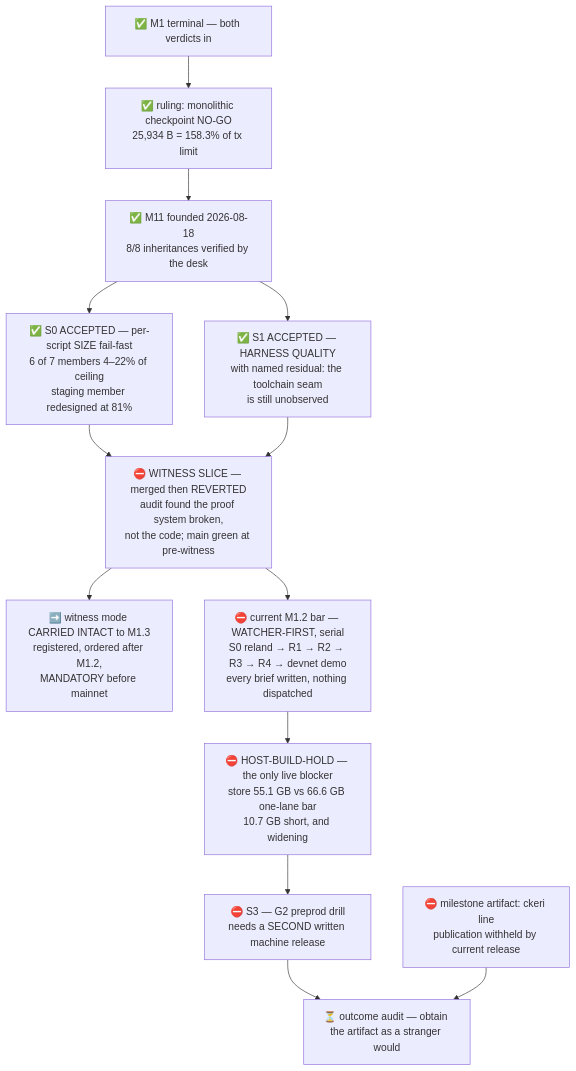
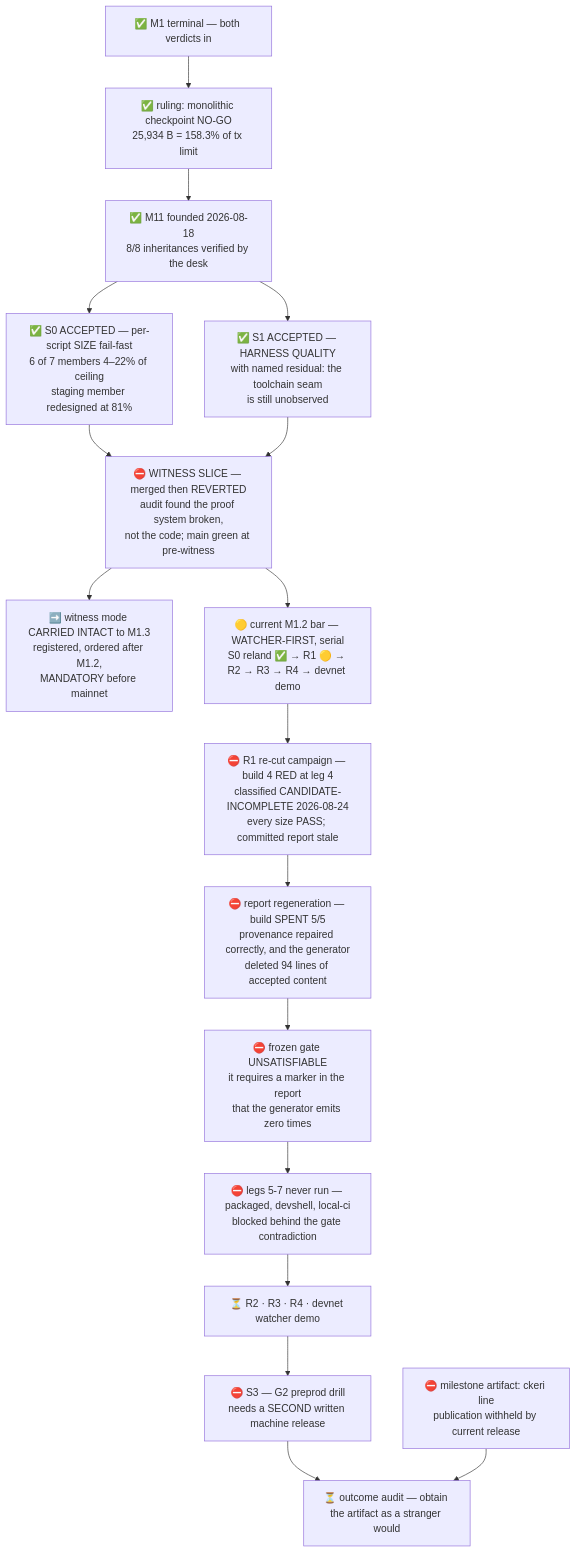
Before and after one commit to lambdasistemi/cardano-keri: the diagram in .milestones/11/state.md, drawn with Mermaid. The commit also changed other lines of this file and 4 other files, not shown here.

````diff
--- a/.milestones/11/state.md
+++ b/.milestones/11/state.md
@@ -52,15 +119,19 @@
 ```mermaid
 flowchart TD
   M1["✅ M1 terminal — both verdicts in"] --> RULE["✅ ruling: monolithic checkpoint NO-GO<br/>25,934 B = 158.3% of tx limit"]
   RULE --> F["✅ M11 founded 2026-08-18<br/>8/8 inheritances verified by the desk"]
   F --> S0["✅ S0 ACCEPTED — per-script SIZE fail-fast<br/>6 of 7 members 4–22% of ceiling<br/>staging member redesigned at 81%"]
   F --> S1["✅ S1 ACCEPTED — HARNESS QUALITY<br/>with named residual: the toolchain seam<br/>is still unobserved"]
   S0 --> W["⛔ WITNESS SLICE — merged then REVERTED<br/>audit found the proof system broken,<br/>not the code; main green at pre-witness"]
   S1 --> W
   W --> M13["➡️ witness mode CARRIED INTACT to M1.3<br/>registered, ordered after M1.2,<br/>MANDATORY before mainnet"]
-  W --> BAR["⛔ current M1.2 bar — WATCHER-FIRST, serial<br/>S0 reland → R1 → R2 → R3 → R4 → devnet demo<br/>every brief written, nothing dispatched"]
-  BAR --> HOST["⛔ HOST-BUILD-HOLD — the only live blocker<br/>store 55.1 GB vs 66.6 GB one-lane bar<br/>10.7 GB short, and widening"]
-  HOST --> S3["⛔ S3 — G2 preprod drill<br/>needs a SECOND written machine release"]
+  W --> BAR["🟡 current M1.2 bar — WATCHER-FIRST, serial<br/>S0 reland ✅ → R1 🟡 → R2 → R3 → R4 → devnet demo"]
+  BAR --> R1["⛔ R1 re-cut campaign — build 4 RED at leg 4<br/>classified CANDIDATE-INCOMPLETE 2026-08-24<br/>every size PASS; committed report stale"]
+  R1 --> FIX["⛔ report regeneration — build SPENT 5/5<br/>provenance repaired correctly, and the generator<br/>deleted 94 lines of accepted content"]
+  FIX --> DEAD["⛔ frozen gate UNSATISFIABLE<br/>it requires a marker in the report<br/>that the generator emits zero times"]
+  DEAD --> LEGS["⛔ legs 5-7 never run — packaged, devshell, local-ci<br/>blocked behind the gate contradiction"]
+  LEGS --> REST["⏳ R2 · R3 · R4 · devnet watcher demo"]
+  REST --> S3["⛔ S3 — G2 preprod drill<br/>needs a SECOND written machine release"]
   S3 --> AUDIT["⏳ outcome audit — obtain the artifact as a stranger would"]
   ART["⛔ milestone artifact: ckeri line<br/>publication withheld by current release"] --> AUDIT
 ```
````
